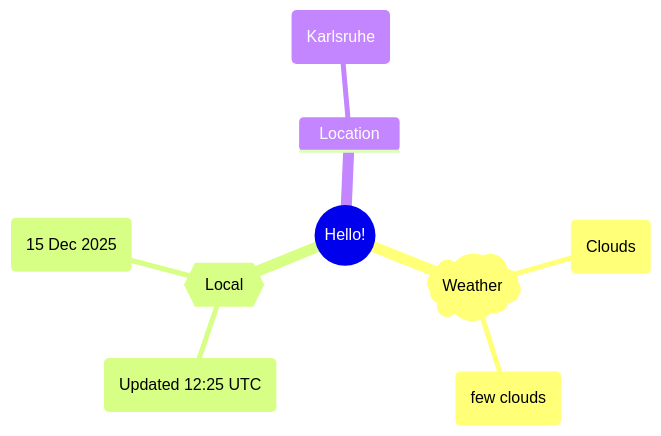
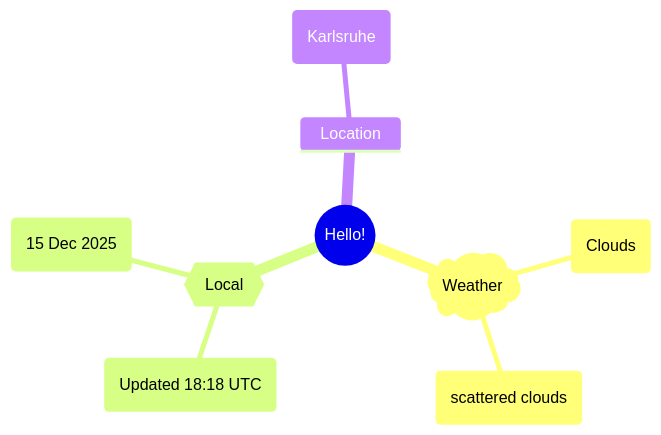
The first of 2 diagrams in README.md (Xosrov/Xosrov), drawn with Mermaid before and after one commit.

Commit message:
[bot] updated images

````diff
--- a/README.md
+++ b/README.md
@@ -3,12 +3,12 @@
 ```mermaid
 mindmap
   root((Hello!))
     )Weather(
         (Clouds)
-        (few clouds)
+        (scattered clouds)
     {{Local}}
-        (Updated 12:25 UTC)
+        (Updated 18:18 UTC)
         (15 Dec 2025)
     Location
         (Karlsruhe)
 ```
````
